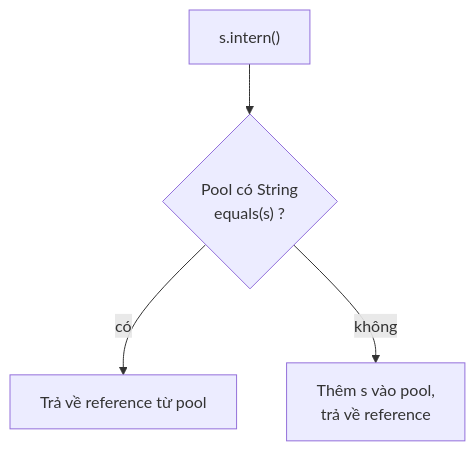
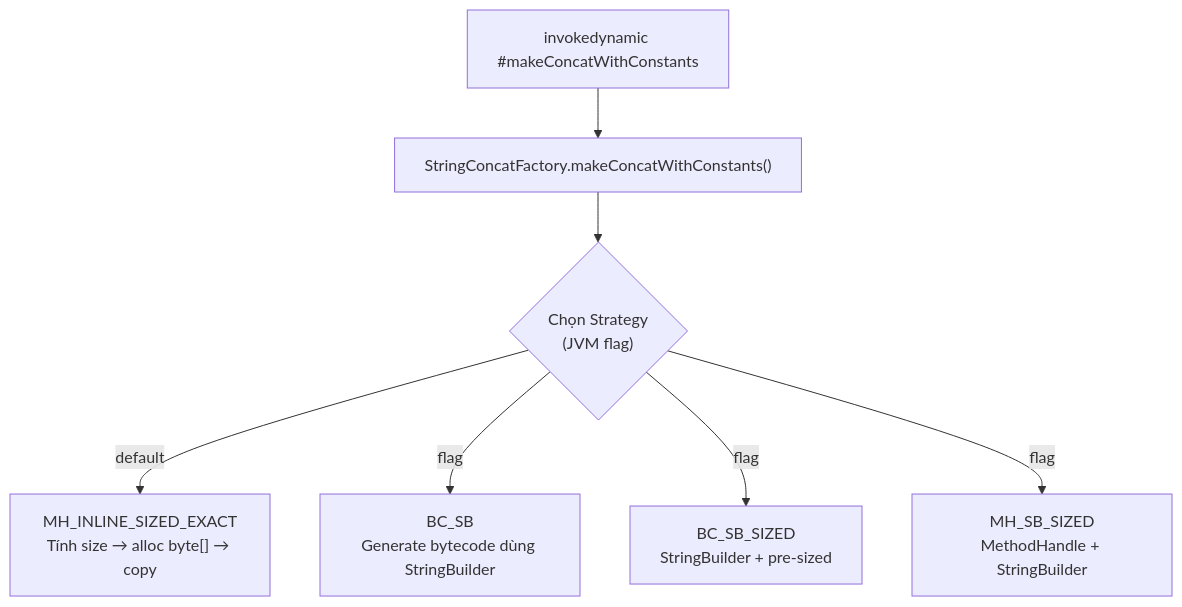
The third of 5 diagrams in content/docs/fundamentals/string-immutability.md (vanhiep99w/java-learn), drawn with Mermaid before and after one commit. The commit also changed other lines of this file and 2 other files, not shown here.

````diff
--- a/content/docs/fundamentals/string-immutability.md
+++ b/content/docs/fundamentals/string-immutability.md
@@ -130,6 +406,9 @@
 ```mermaid
 flowchart TD
-    A["s.intern()"] --> B{"Pool có String<br/>equals(s) ?"}
-    B -->|có| C["Trả về reference từ pool"]
-    B -->|không| D["Thêm s vào pool,<br/>trả về reference"]
+    A["invokedynamic #makeConcatWithConstants"] --> B["StringConcatFactory.makeConcatWithConstants()"]
+    B --> C{"Chọn Strategy<br/>(JVM flag)"}
+    C -->|default| D["MH_INLINE_SIZED_EXACT<br/>Tính size → alloc byte[] → copy"]
+    C -->|flag| E["BC_SB<br/>Generate bytecode dùng StringBuilder"]
+    C -->|flag| F["BC_SB_SIZED<br/>StringBuilder + pre-sized"]
+    C -->|flag| G["MH_SB_SIZED<br/>MethodHandle + StringBuilder"]
 ```
````
